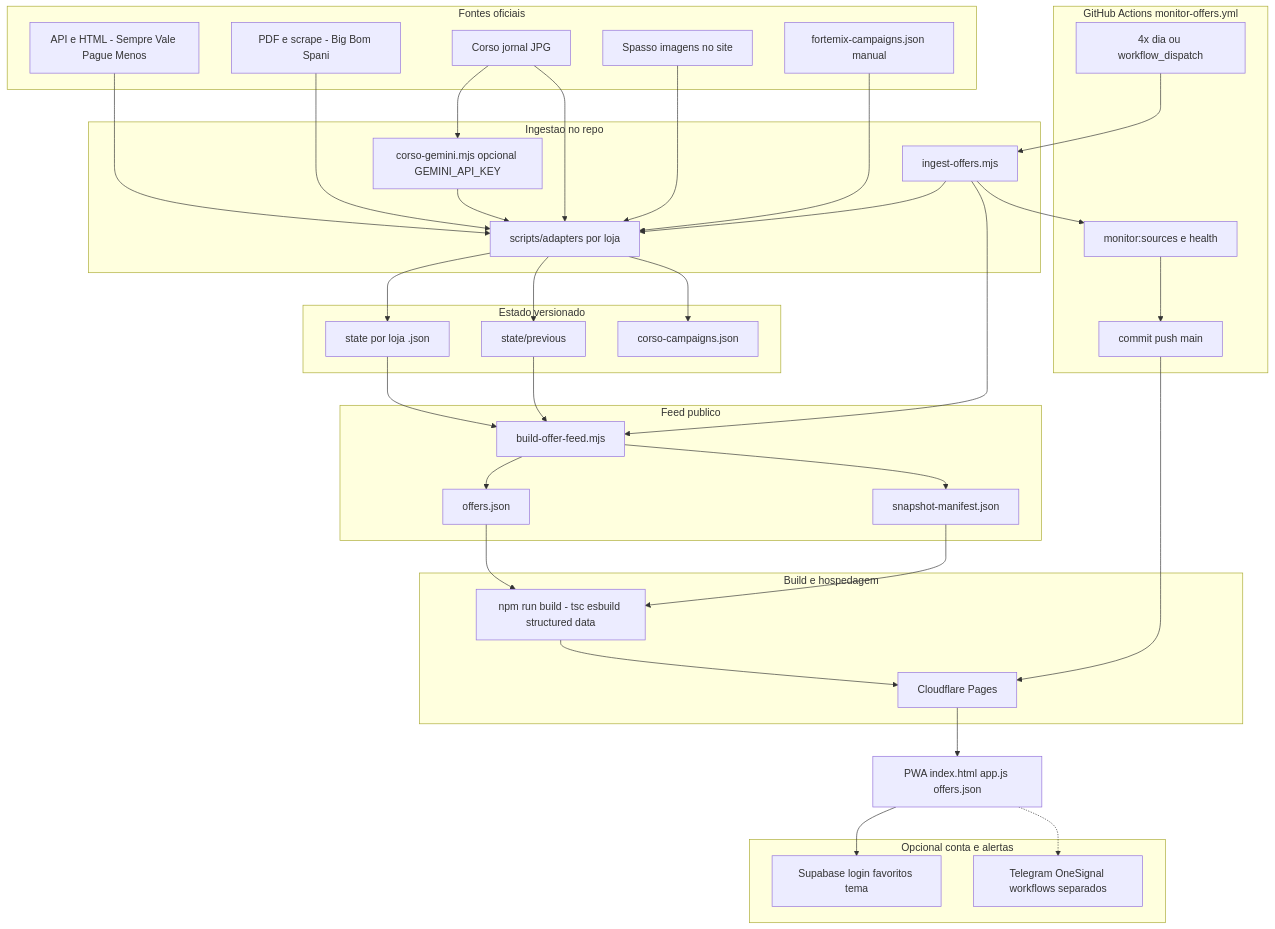
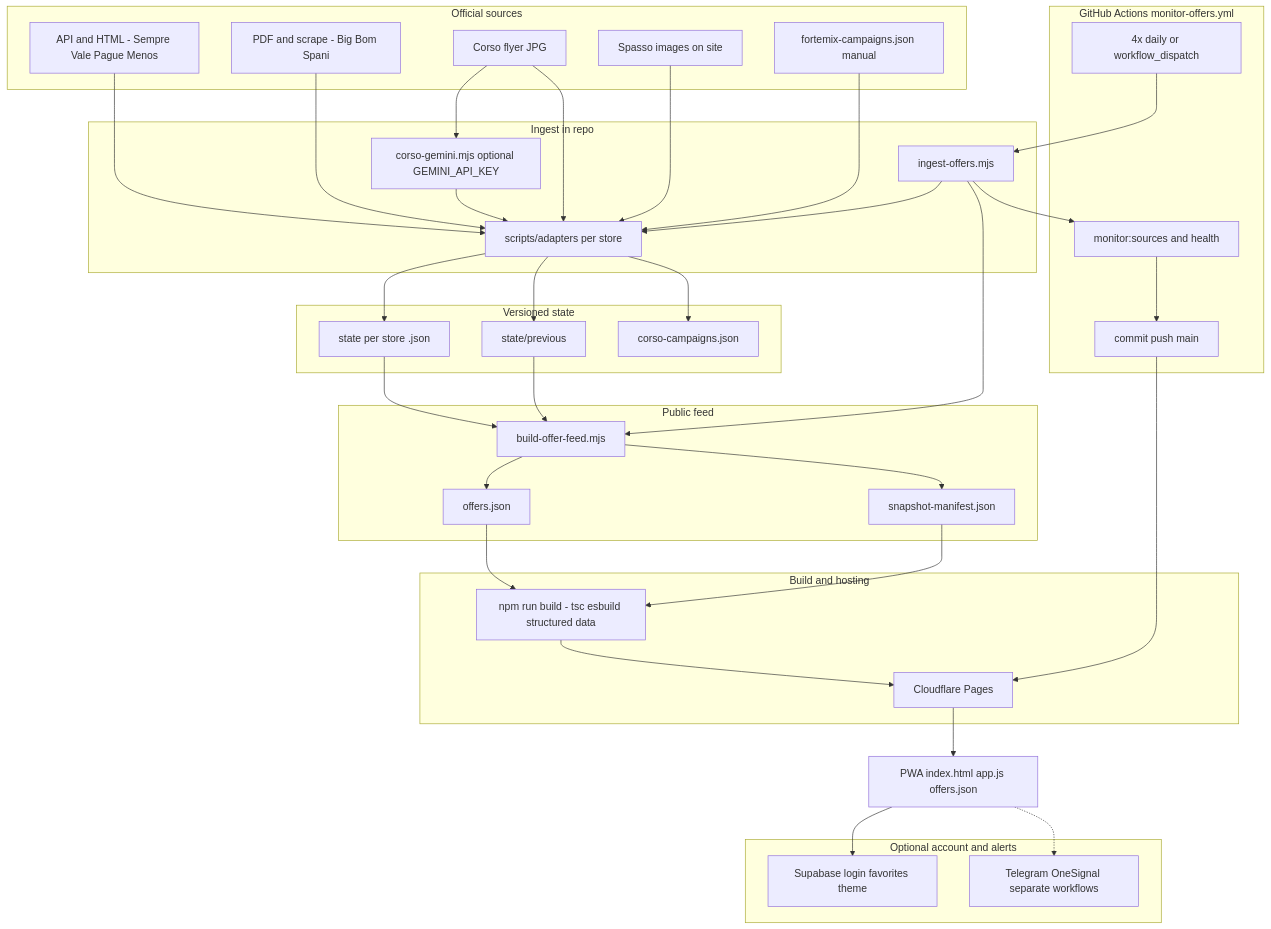
The diagram in README.md (wendreof/feira-boa), drawn with Mermaid before and after one commit. The commit also changed other lines of this file and 38 other files, not shown here.

First line of the commit message:
Consolidate Spasso ingest, storefront UX, and English README.

````diff
--- a/README.md
+++ b/README.md
@@ -36,75 +39,75 @@
 ```mermaid
 flowchart TB
-  subgraph fontes [Fontes oficiais]
-    apis[API e HTML - Sempre Vale Pague Menos]
-    pdf[PDF e scrape - Big Bom Spani]
-    corso[Corso jornal JPG]
-    spasso[Spasso imagens no site]
+  subgraph sources [Official sources]
+    apis[API and HTML - Sempre Vale Pague Menos]
+    pdf[PDF and scrape - Big Bom Spani]
+    corso[Corso flyer JPG]
+    spasso[Spasso images on site]
     manual[fortemix-campaigns.json manual]
   end
 
-  subgraph ingest [Ingestao no repo]
+  subgraph ingest [Ingest in repo]
     io[ingest-offers.mjs]
-    adp[scripts/adapters por loja]
-    gem[corso-gemini.mjs opcional GEMINI_API_KEY]
+    adp[scripts/adapters per store]
+    gem[corso-gemini.mjs optional GEMINI_API_KEY]
   end
 
-  subgraph persist [Estado versionado]
-    st[state por loja .json]
+  subgraph persist [Versioned state]
+    st[state per store .json]
     prev[state/previous]
     cache[corso-campaigns.json]
   end
 
-  subgraph feed [Feed publico]
+  subgraph feed [Public feed]
     bof[build-offer-feed.mjs]
     off[offers.json]
     man[snapshot-manifest.json]
   end
 
-  subgraph site [Build e hospedagem]
+  subgraph site [Build and hosting]
     nb[npm run build - tsc esbuild structured data]
     cf[Cloudflare Pages]
   end
 
   apis --> adp
   pdf --> adp
   corso --> gem
   gem --> adp
   corso --> adp
   spasso --> adp
   manual --> adp
   io --> adp
   adp --> st
   adp --> prev
   adp --> cache
   io --> bof
   st --> bof
   prev --> bof
   bof --> off
   bof --> man
   off --> nb
   man --> nb
   nb --> cf
 
   subgraph ci [GitHub Actions monitor-offers.yml]
-    sched[4x dia ou workflow_dispatch]
-    mon[monitor:sources e health]
+    sched[4x daily or workflow_dispatch]
+    mon[monitor:sources and health]
     git[commit push main]
   end
 
   sched --> io
   io --> mon
   mon --> git
   git --> cf
 
   pwa[PWA index.html app.js offers.json]
   cf --> pwa
 
-  subgraph conta [Opcional conta e alertas]
-    sb[Supabase login favoritos tema]
-    push[Telegram OneSignal workflows separados]
+  subgraph account [Optional account and alerts]
+    sb[Supabase login favorites theme]
+    push[Telegram OneSignal separate workflows]
   end
 
   pwa --> sb
   pwa -.-> push
 ```
````
